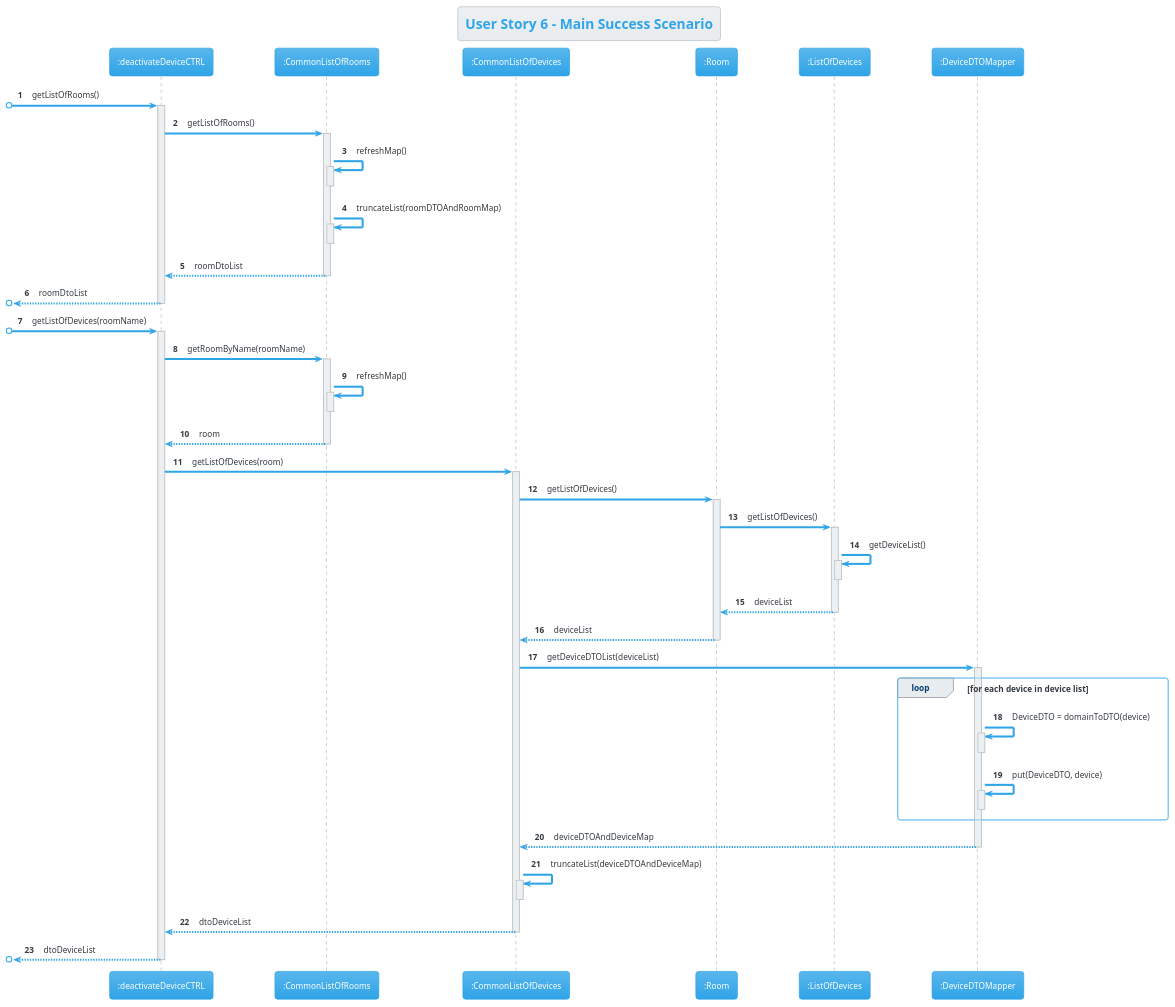
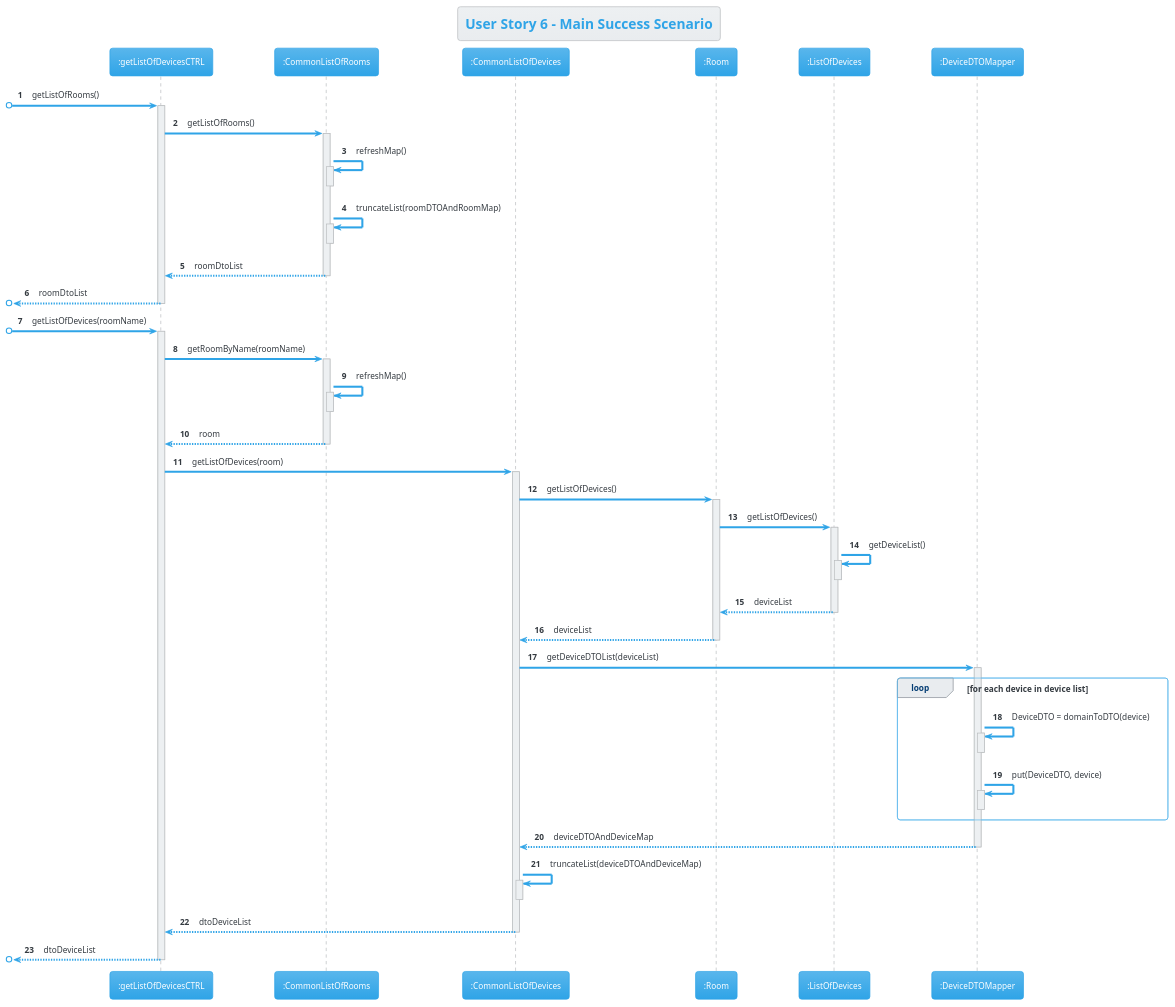
Before and after one commit to AfonsoNeves77/smartHouse: the diagram in Docs/US06/S3US06SequenceDiagram.puml, drawn with PlantUML. The commit also changed 2 other files, not shown here.

Commit message:
Updated class diagrams

```diff
--- a/Docs/US06/S3US06SequenceDiagram.puml
+++ b/Docs/US06/S3US06SequenceDiagram.puml
@@ -1,74 +1,74 @@
  @startuml
 title User Story 6 - Main Success Scenario
 !theme cerulean
 autonumber
 
-participant ":deactivateDeviceCTRL" as C
+participant ":getListOfDevicesCTRL" as C
 participant ":CommonListOfRooms" as CU
 participant ":CommonListOfDevices" as CD
 participant ":Room" as R
 participant ":ListOfDevices" as LD
 participant ":DeviceDTOMapper" as DM
 
 
 
 [o-> C : getListOfRooms()
 activate C
 C -> CU : getListOfRooms()
 activate CU
 CU -> CU : refreshMap()
 activate CU
 deactivate CU
 
 CU -> CU : truncateList(roomDTOAndRoomMap)
 activate CU
 deactivate CU
 CU --> C : roomDtoList
 deactivate CU
 [o<-- C : roomDtoList
 deactivate C
 
 [o-> C : getListOfDevices(roomName)
 activate C
 C -> CU: getRoomByName(roomName)
 activate CU
 CU -> CU : refreshMap()
 activate CU
 deactivate CU
 CU --> C : room
 deactivate CU
 C -> CD : getListOfDevices(room)
 activate CD
 
 CD -> R : getListOfDevices()
 activate R
 R -> LD : getListOfDevices()
 activate LD
 LD -> LD : getDeviceList()
 activate LD
 deactivate LD
 LD --> R : deviceList
 deactivate LD
 R --> CD : deviceList
 deactivate R
 CD -> DM : getDeviceDTOList(deviceList)
 activate DM
 loop for each device in device list
 DM -> DM : DeviceDTO = domainToDTO(device)
 activate DM
 deactivate DM
 DM -> DM : put(DeviceDTO, device)
 activate DM
 deactivate DM
 end loop
 DM --> CD : deviceDTOAndDeviceMap
 deactivate DM
 CD -> CD : truncateList(deviceDTOAndDeviceMap)
 activate CD
 deactivate CD
 CD --> C : dtoDeviceList
 deactivate CD
 [o<-- C : dtoDeviceList
 deactivate C
 
 @enduml
```
